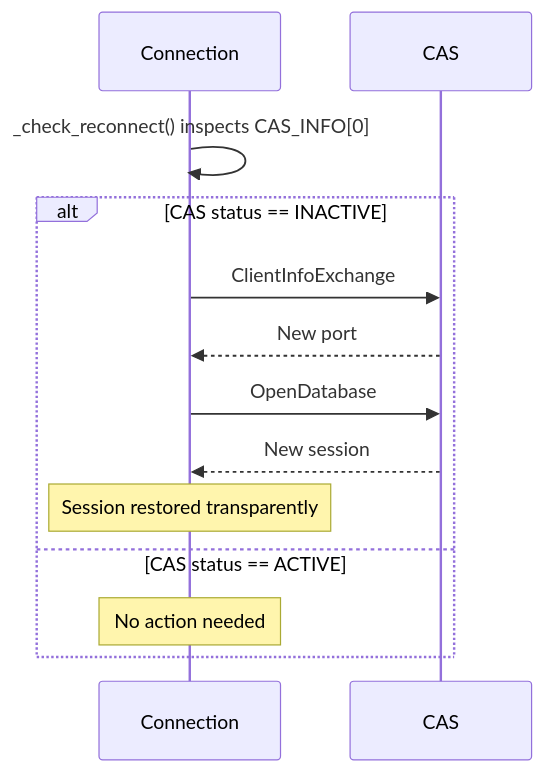
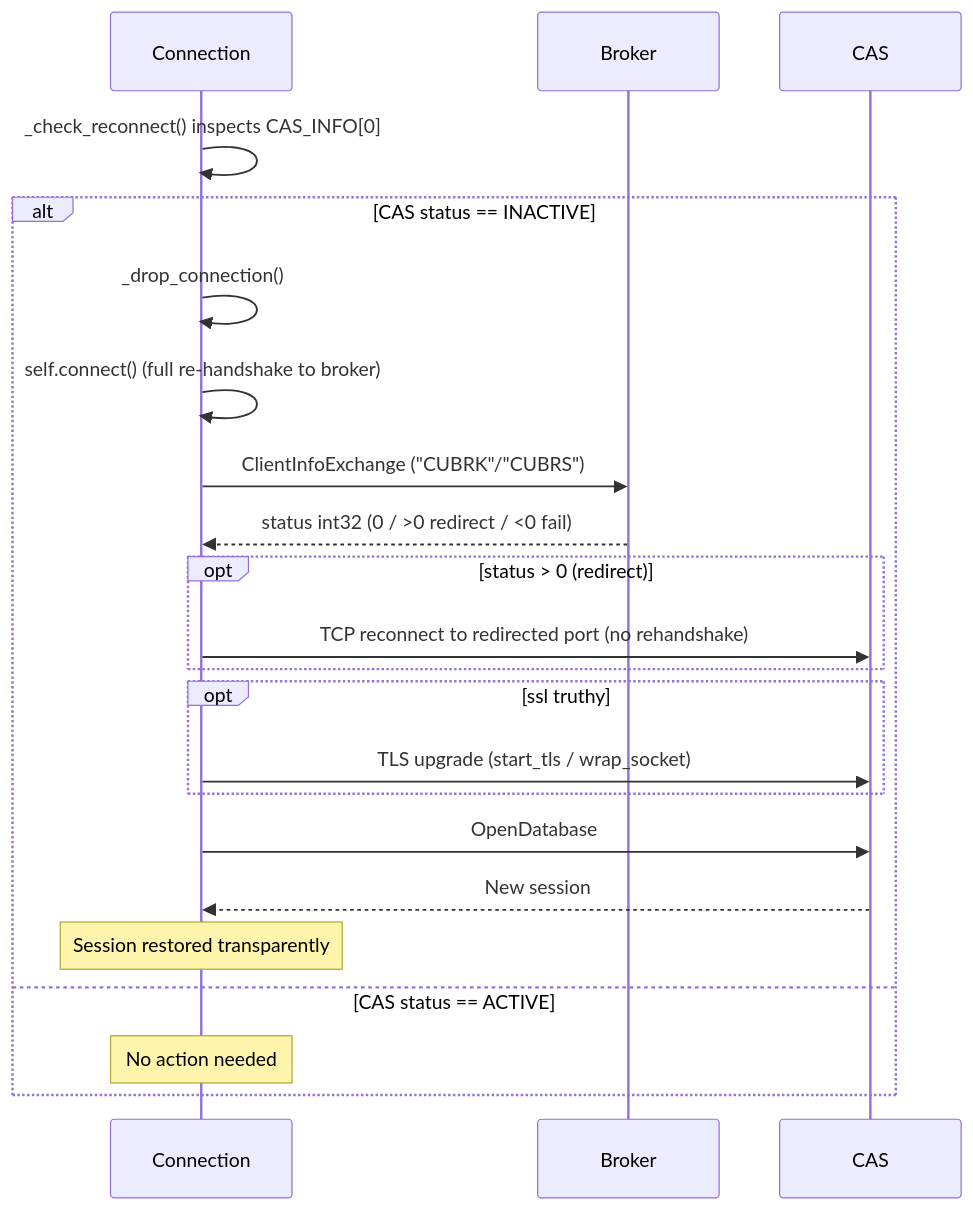
One commit to cubrid-lab/pycubrid changed the third of 5 diagrams in docs/ARCHITECTURE.md. Above: the diagram before and after it, drawn with Mermaid. The commit also changed other lines of this file and 11 other files, not shown here.

````diff
--- a/docs/ARCHITECTURE.md
+++ b/docs/ARCHITECTURE.md
@@ -87,16 +87,25 @@
 ```mermaid
 sequenceDiagram
     participant Connection
+    participant Broker
     participant CAS
-    
+
     Connection->>Connection: _check_reconnect() inspects CAS_INFO[0]
     alt CAS status == INACTIVE
-      Connection->>CAS: ClientInfoExchange
-      CAS-->>Connection: New port
+      Connection->>Connection: _drop_connection()
+      Connection->>Connection: self.connect() (full re-handshake to broker)
+      Connection->>Broker: ClientInfoExchange ("CUBRK"/"CUBRS")
+      Broker-->>Connection: status int32 (0 / >0 redirect / <0 fail)
+      opt status > 0 (redirect)
+        Connection->>CAS: TCP reconnect to redirected port (no rehandshake)
+      end
+      opt ssl truthy
+        Connection->>CAS: TLS upgrade (start_tls / wrap_socket)
+      end
       Connection->>CAS: OpenDatabase
       CAS-->>Connection: New session
       note over Connection: Session restored transparently
     else CAS status == ACTIVE
       note over Connection: No action needed
     end
 ```
````
